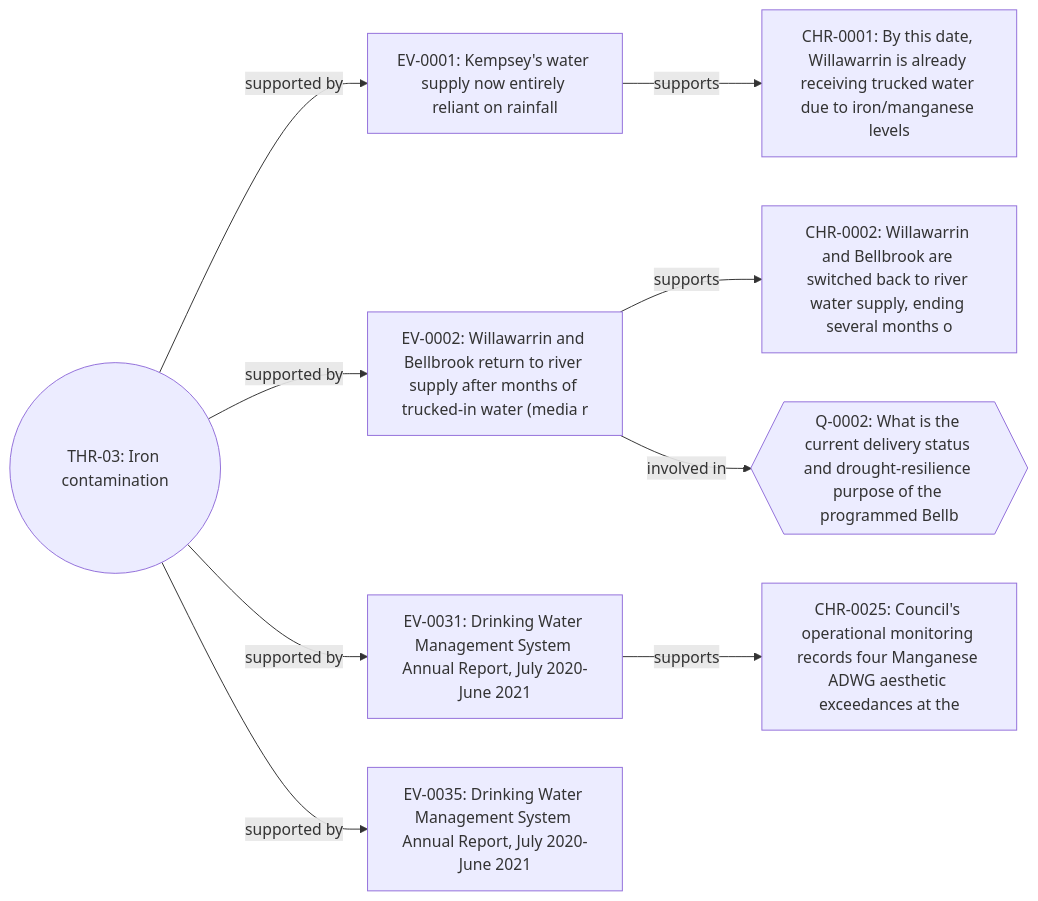
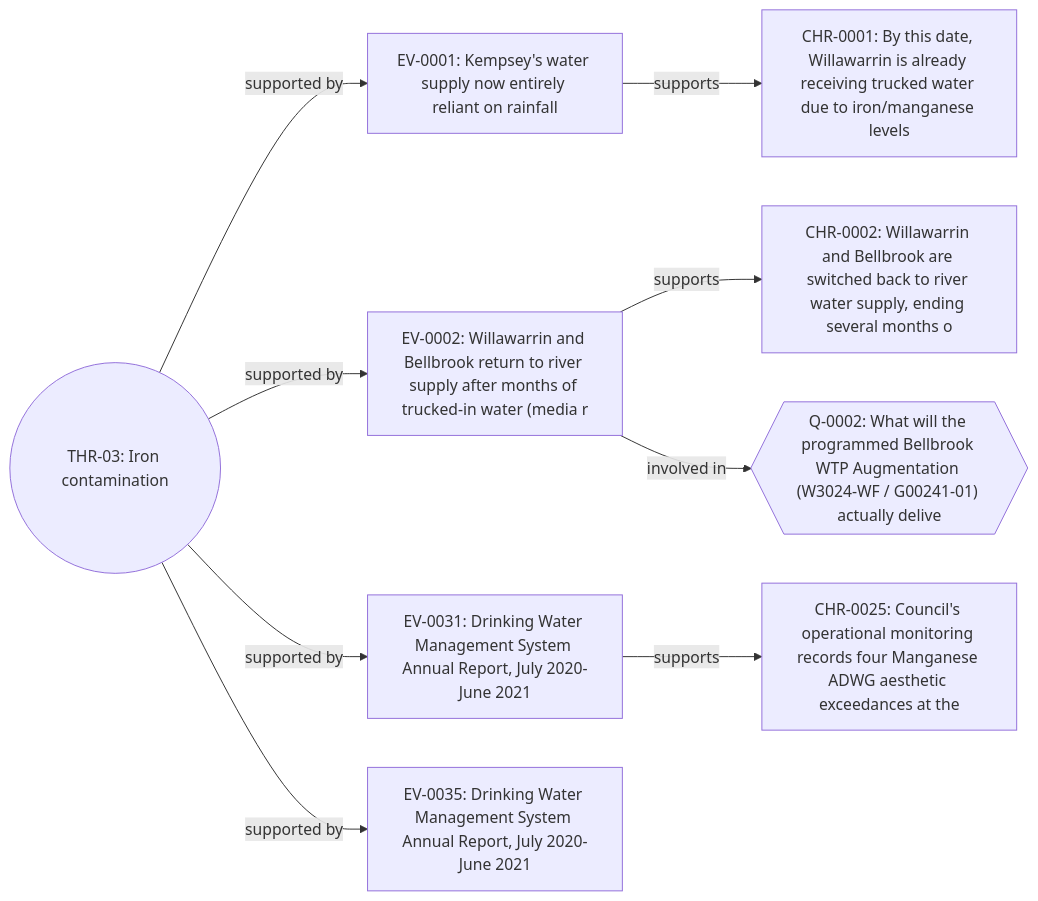
Before and after one commit to mayhem82/mayhem-investigations: the fourth of 49 diagrams in docs/RELATIONSHIP_MAP.md, drawn with Mermaid. The commit also changed other lines of this file, not shown here.

````diff
--- a/docs/RELATIONSHIP_MAP.md
+++ b/docs/RELATIONSHIP_MAP.md
@@ -144,20 +144,20 @@
 ```mermaid
 flowchart LR
   DFAPTI_BB_2026_00001_THRD_THR_03(("THR-03: Iron contamination"))
   DFAPTI_BB_2026_00001_EVID_EV_0001["EV-0001: Kempsey's water supply now entirely reliant on rainfall"]
   DFAPTI_BB_2026_00001_EVID_EV_0002["EV-0002: Willawarrin and Bellbrook return to river supply after months of trucked-in water (media r"]
   DFAPTI_BB_2026_00001_EVID_EV_0031["EV-0031: Drinking Water Management System Annual Report, July 2020-June 2021"]
   DFAPTI_BB_2026_00001_EVID_EV_0035["EV-0035: Drinking Water Management System Annual Report, July 2020-June 2021"]
   DFAPTI_BB_2026_00001_CHRO_CHR_0001["CHR-0001: By this date, Willawarrin is already receiving trucked water due to iron/manganese levels "]
   DFAPTI_BB_2026_00001_CHRO_CHR_0002["CHR-0002: Willawarrin and Bellbrook are switched back to river water supply, ending several months o"]
-  DFAPTI_BB_2026_00001_QUES_Q_0002{{"Q-0002: What is the current delivery status and drought-resilience purpose of the programmed Bellb"}}
+  DFAPTI_BB_2026_00001_QUES_Q_0002{{"Q-0002: What will the programmed Bellbrook WTP Augmentation (W3024-WF / G00241-01) actually delive"}}
   DFAPTI_BB_2026_00001_CHRO_CHR_0025["CHR-0025: Council's operational monitoring records four Manganese ADWG aesthetic exceedances at the "]
   DFAPTI_BB_2026_00001_THRD_THR_03 -- "supported by" --> DFAPTI_BB_2026_00001_EVID_EV_0001
   DFAPTI_BB_2026_00001_THRD_THR_03 -- "supported by" --> DFAPTI_BB_2026_00001_EVID_EV_0002
   DFAPTI_BB_2026_00001_THRD_THR_03 -- "supported by" --> DFAPTI_BB_2026_00001_EVID_EV_0031
   DFAPTI_BB_2026_00001_THRD_THR_03 -- "supported by" --> DFAPTI_BB_2026_00001_EVID_EV_0035
   DFAPTI_BB_2026_00001_EVID_EV_0001 -- "supports" --> DFAPTI_BB_2026_00001_CHRO_CHR_0001
   DFAPTI_BB_2026_00001_EVID_EV_0002 -- "supports" --> DFAPTI_BB_2026_00001_CHRO_CHR_0002
   DFAPTI_BB_2026_00001_EVID_EV_0002 -- "involved in" --> DFAPTI_BB_2026_00001_QUES_Q_0002
   DFAPTI_BB_2026_00001_EVID_EV_0031 -- "supports" --> DFAPTI_BB_2026_00001_CHRO_CHR_0025
 ```
````
